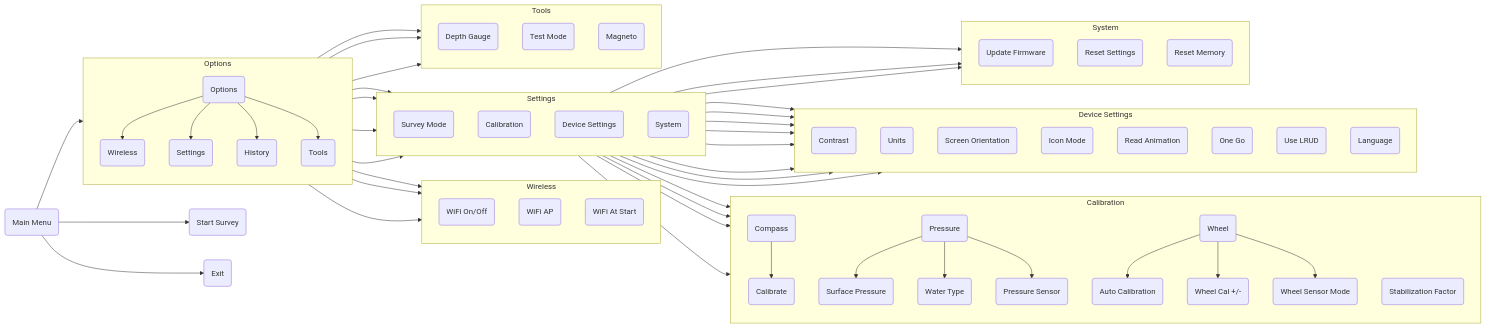
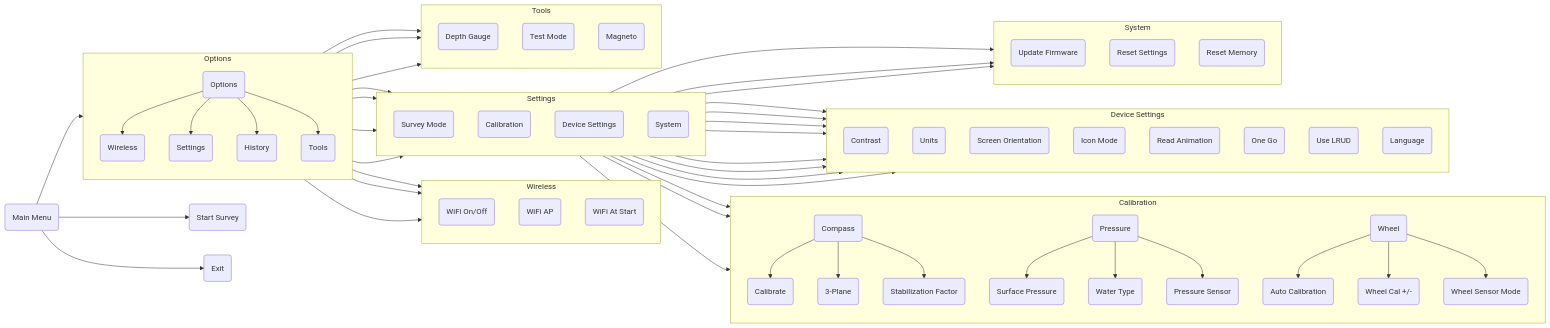
The diagram in docs/Menus-Overview.md (SebKister/MNemoV2-Documentation), drawn with Mermaid before and after one commit.

Commit message:
Update calibration submenu: add 3-Plane option and stabilization factor

```diff
--- a/docs/Menus-Overview.md
+++ b/docs/Menus-Overview.md
@@ -61,14 +61,14 @@
         CalCompass(Compass)
         CalPressure(Pressure)
         CalWheel(Wheel)
-        StabFactor(Stabilization Factor)
 
         Calibration --> CalCompass
         Calibration --> CalPressure
         Calibration --> CalWheel
-        Calibration --> StabFactor
 
         CalCompass --> CalCompFast(Calibrate)
+        CalCompass --> CalComp3Plane(3-Plane)
+        CalCompass --> StabFactorComp(Stabilization Factor)
 
         CalPressure --> CalSurface(Surface Pressure)
         CalPressure --> WaterType(Water Type)
```
